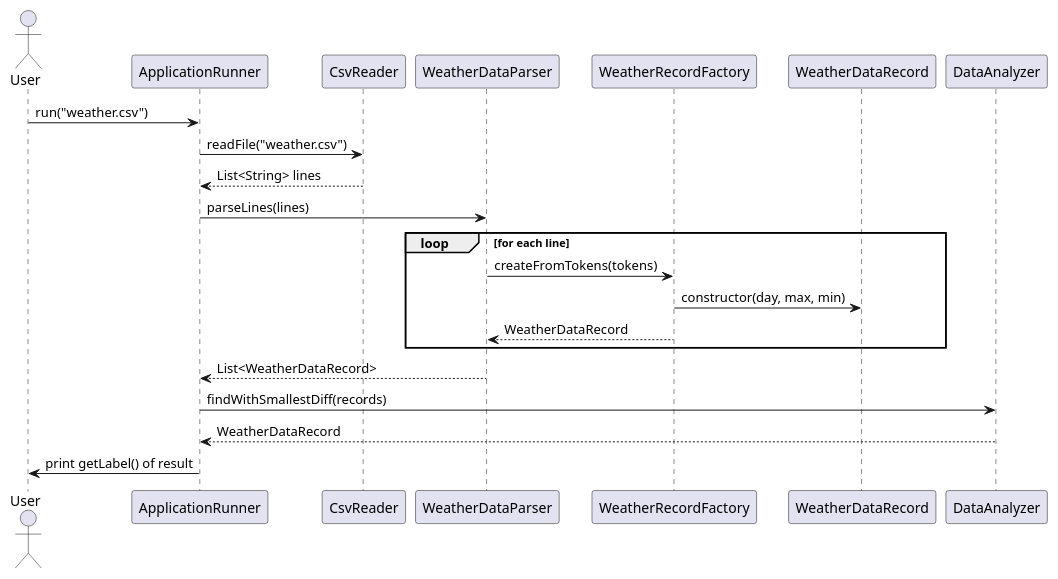
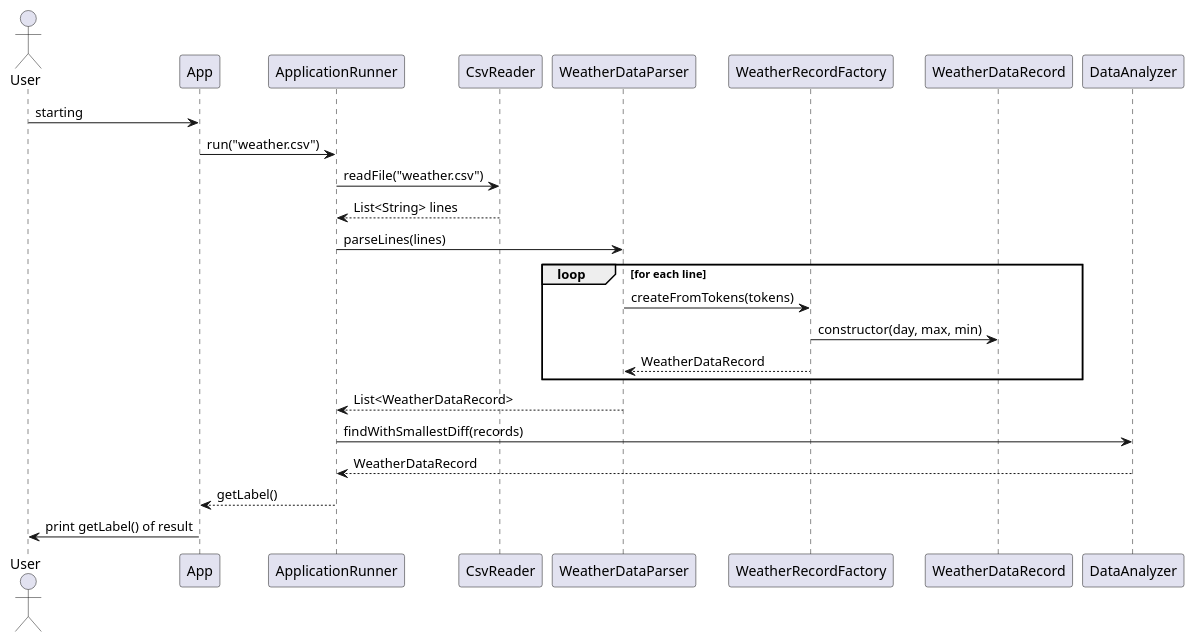
Before and after one commit to Marcey1611/eXXcellent-programming-challenge: the diagram in docu/uml/sequence-diagram.puml, drawn with PlantUML. The commit also changed 6 other files, not shown here.

Commit message:
Finished weather program - refactored CsvReader and adjust CsvReaderTest - Implemented ApplicationRunner - Adjust App for the weather program - Updated class-diagram and sequence-diagram

```diff
--- a/docu/uml/sequence-diagram.puml
+++ b/docu/uml/sequence-diagram.puml
@@ -1,27 +1,32 @@
 @startuml
 actor User
+participant App
 participant ApplicationRunner
 participant CsvReader
 participant WeatherDataParser
 participant WeatherRecordFactory
 participant WeatherDataRecord
 participant DataAnalyzer
 
-User -> ApplicationRunner: run("weather.csv")
+User -> App: starting
+
+App -> ApplicationRunner: run("weather.csv")
 
 ApplicationRunner -> CsvReader: readFile("weather.csv")
 CsvReader --> ApplicationRunner: List<String> lines
 
 ApplicationRunner -> WeatherDataParser: parseLines(lines)
 loop for each line
     WeatherDataParser -> WeatherRecordFactory: createFromTokens(tokens)
     WeatherRecordFactory -> WeatherDataRecord: constructor(day, max, min)
     WeatherRecordFactory --> WeatherDataParser: WeatherDataRecord
 end
 WeatherDataParser --> ApplicationRunner: List<WeatherDataRecord>
 
 ApplicationRunner -> DataAnalyzer: findWithSmallestDiff(records)
 DataAnalyzer --> ApplicationRunner: WeatherDataRecord
 
-ApplicationRunner -> User: print getLabel() of result
+ApplicationRunner --> App: getLabel()
+
+App -> User: print getLabel() of result
 @enduml
```
